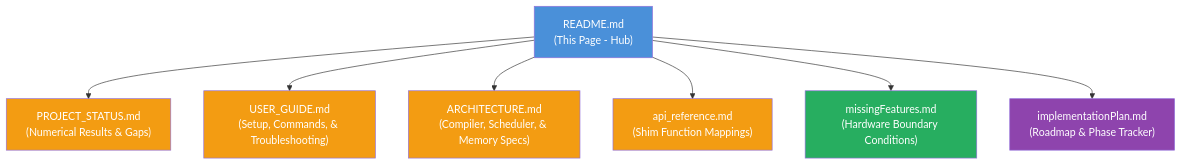
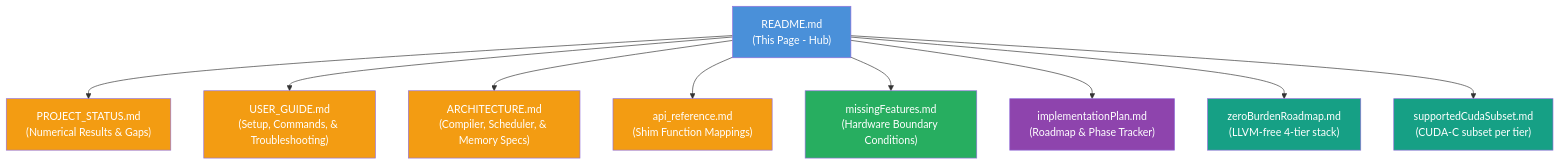
The diagram in docs/README.md (etienne0114/vgre), drawn with Mermaid before and after one commit. The commit also changed other lines of this file and 5 other files, not shown here.

````diff
--- a/docs/README.md
+++ b/docs/README.md
@@ -11,17 +11,21 @@
 ```mermaid
 graph TD
     A["README.md\n(This Page - Hub)"] --> B["PROJECT_STATUS.md\n(Numerical Results & Gaps)"]
     A --> C["USER_GUIDE.md\n(Setup, Commands, & Troubleshooting)"]
     A --> D["ARCHITECTURE.md\n(Compiler, Scheduler, & Memory Specs)"]
     A --> E["api_reference.md\n(Shim Function Mappings)"]
     A --> F["missingFeatures.md\n(Hardware Boundary Conditions)"]
     A --> G["implementationPlan.md\n(Roadmap & Phase Tracker)"]
+    A --> H["zeroBurdenRoadmap.md\n(LLVM-free 4-tier stack)"]
+    A --> I["supportedCudaSubset.md\n(CUDA-C subset per tier)"]
 
     style A fill:#4a90d9,color:#fff
     style B fill:#f39c12,color:#fff
     style C fill:#f39c12,color:#fff
     style D fill:#f39c12,color:#fff
     style E fill:#f39c12,color:#fff
     style F fill:#27ae60,color:#fff
     style G fill:#8e44ad,color:#fff
+    style H fill:#16a085,color:#fff
+    style I fill:#16a085,color:#fff
 ```
````
